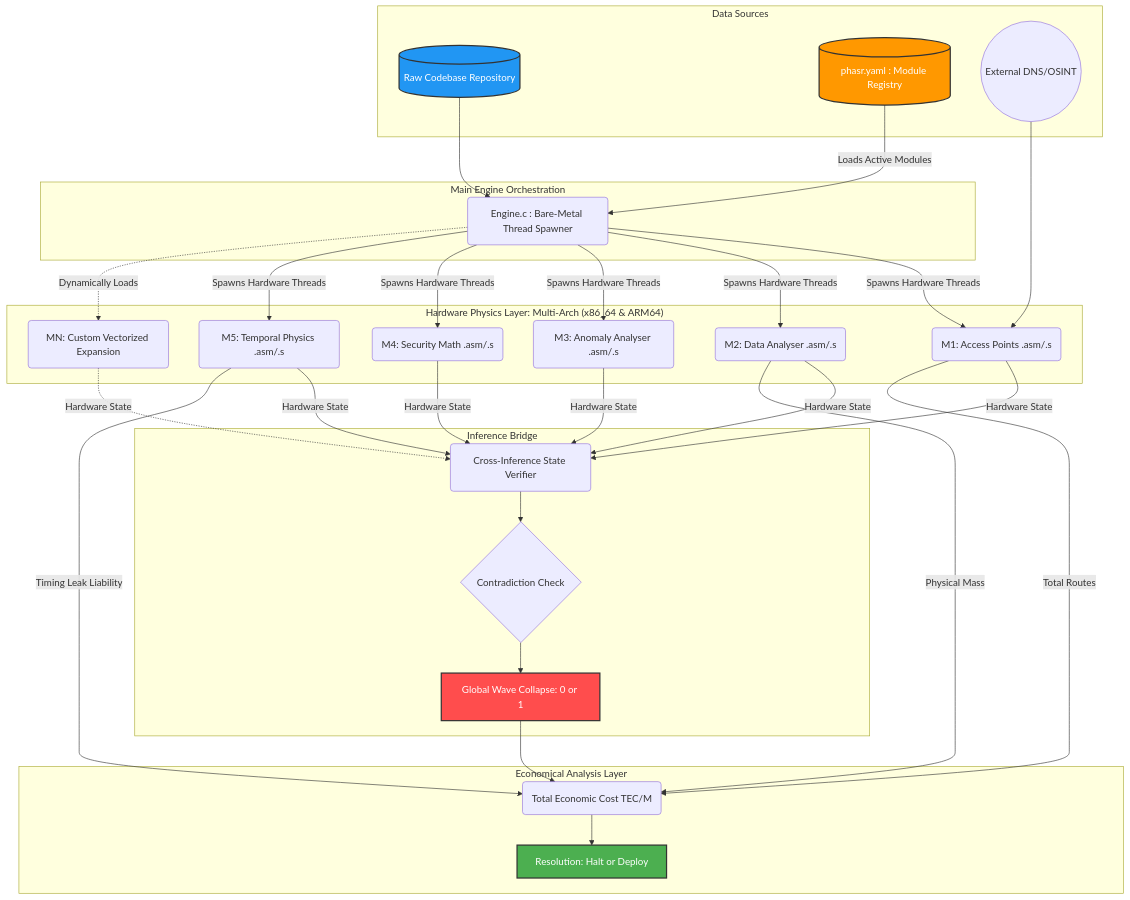
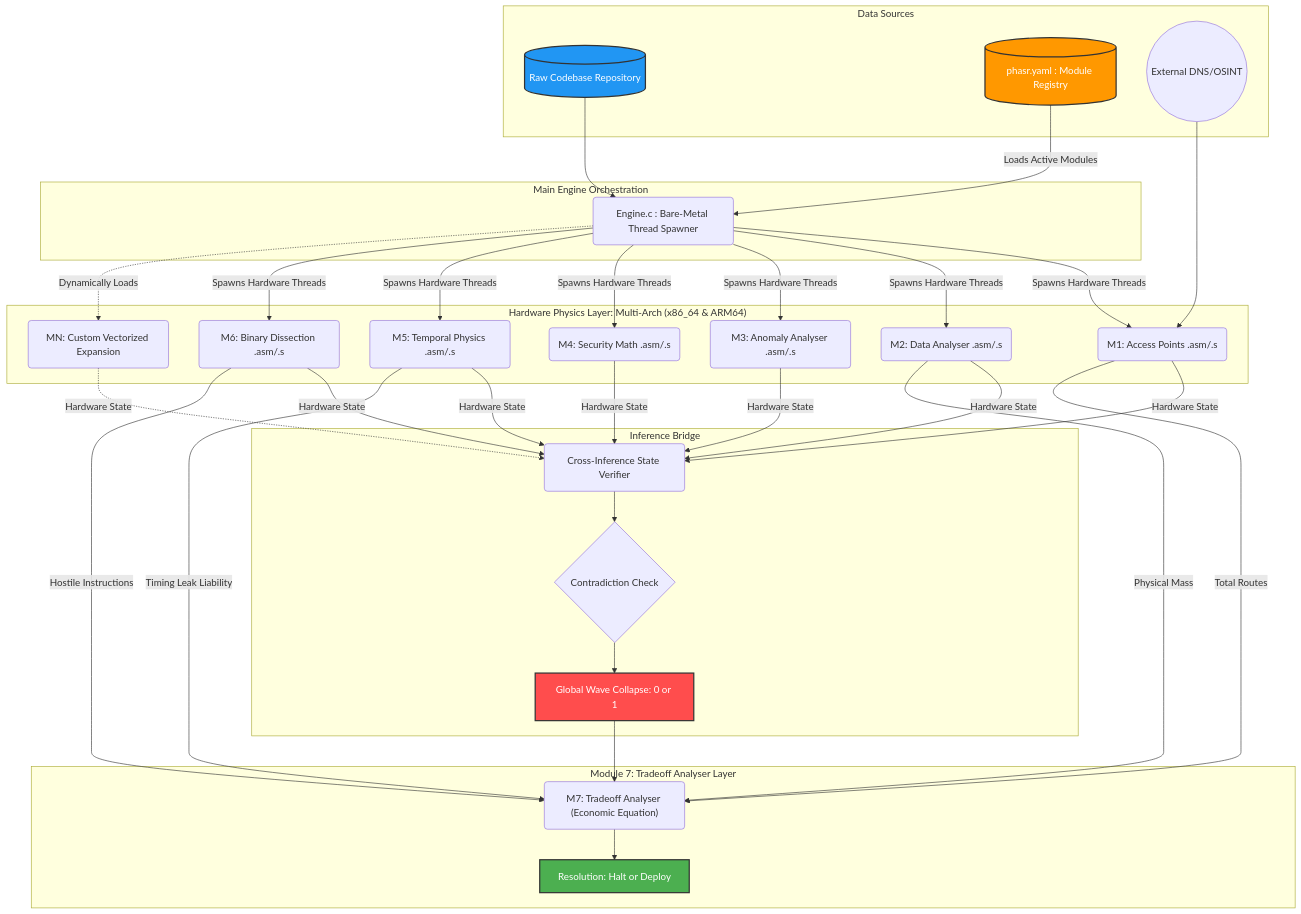
Before and after one commit to Zeo120/ZTL-Tech: the diagram in Documents/DataFlow_Architecture.md, drawn with Mermaid. The commit also changed other lines of this file, not shown here.

Commit message:
docs: update Global Data Flow Architecture graph to explicitly map Module 6 and Module 7 into the inference bridge

````diff
--- a/Documents/DataFlow_Architecture.md
+++ b/Documents/DataFlow_Architecture.md
@@ -7,73 +7,77 @@
 ```mermaid
 graph TD
     %% Define Data Inputs
     subgraph Data_Ingestion ["Data Sources"]
         Codebase[("Raw Codebase Repository")]
         Manifest[("phasr.yaml : Module Registry")]
         Internet(("External DNS/OSINT"))
     end
 
     %% Dynamic Main Engine
     subgraph Core ["Main Engine Orchestration"]
         Engine("Engine.c : Bare-Metal Thread Spawner")
     end
 
     Manifest -->|Loads Active Modules| Engine
     Codebase --> Engine
 
     %% Dynamic Assembly Execution Layer
     subgraph Modules ["Hardware Physics Layer: Multi-Arch (x86_64 & ARM64)"]
         M1("M1: Access Points .asm/.s")
         M2("M2: Data Analyser .asm/.s")
         M3("M3: Anomaly Analyser .asm/.s")
         M4("M4: Security Math .asm/.s")
         M5("M5: Temporal Physics .asm/.s")
+        M6("M6: Binary Dissection .asm/.s")
         MN("MN: Custom Vectorized Expansion")
     end
 
     Engine -->|Spawns Hardware Threads| M1
     Engine -->|Spawns Hardware Threads| M2
     Engine -->|Spawns Hardware Threads| M3
     Engine -->|Spawns Hardware Threads| M4
     Engine -->|Spawns Hardware Threads| M5
+    Engine -->|Spawns Hardware Threads| M6
     Engine -.->|Dynamically Loads| MN
     
     Internet --> M1
 
     %% Orchestration / Hardware Bridge
     subgraph Bridge ["Inference Bridge"]
         CrossVerify("Cross-Inference State Verifier")
         ParanoiaCheck{"Contradiction Check"}
         WaveCollapse["Global Wave Collapse: 0 or 1"]
     end
 
     M1 -->|Hardware State| CrossVerify
     M2 -->|Hardware State| CrossVerify
     M3 -->|Hardware State| CrossVerify
     M4 -->|Hardware State| CrossVerify
     M5 -->|Hardware State| CrossVerify
+    M6 -->|Hardware State| CrossVerify
     MN -.->|Hardware State| CrossVerify
 
     CrossVerify --> ParanoiaCheck
     ParanoiaCheck --> WaveCollapse
 
-    %% Business Logic / OCaml
-    subgraph Econ ["Economical Analysis Layer"]
-        TEC("Total Economic Cost TEC/M")
+    %% Business Logic / Tradeoff Analyser
+    subgraph Econ ["Module 7: Tradeoff Analyser Layer"]
+        M7("M7: Tradeoff Analyser (Economic Equation)")
         DeployStatus["Resolution: Halt or Deploy"]
     end
 
     %% Final Economic Routing
-    WaveCollapse --> TEC
-    M2 -->|Physical Mass| TEC
-    M1 -->|Total Routes| TEC
-    M5 -->|Timing Leak Liability| TEC
+    WaveCollapse --> M7
+    M2 -->|Physical Mass| M7
+    M1 -->|Total Routes| M7
+    M5 -->|Timing Leak Liability| M7
+    M6 -->|Hostile Instructions| M7
     
-    TEC --> DeployStatus
+    M7 --> DeployStatus
 
     %% Styling
     style WaveCollapse fill:#ff4d4d,stroke:#333,stroke-width:2px,color:#fff
     style DeployStatus fill:#4CAF50,stroke:#333,stroke-width:2px,color:#fff
     style Codebase fill:#2196F3,stroke:#333,stroke-width:2px,color:#fff
     style Manifest fill:#FF9800,stroke:#333,stroke-width:2px,color:#fff
 ```
````
